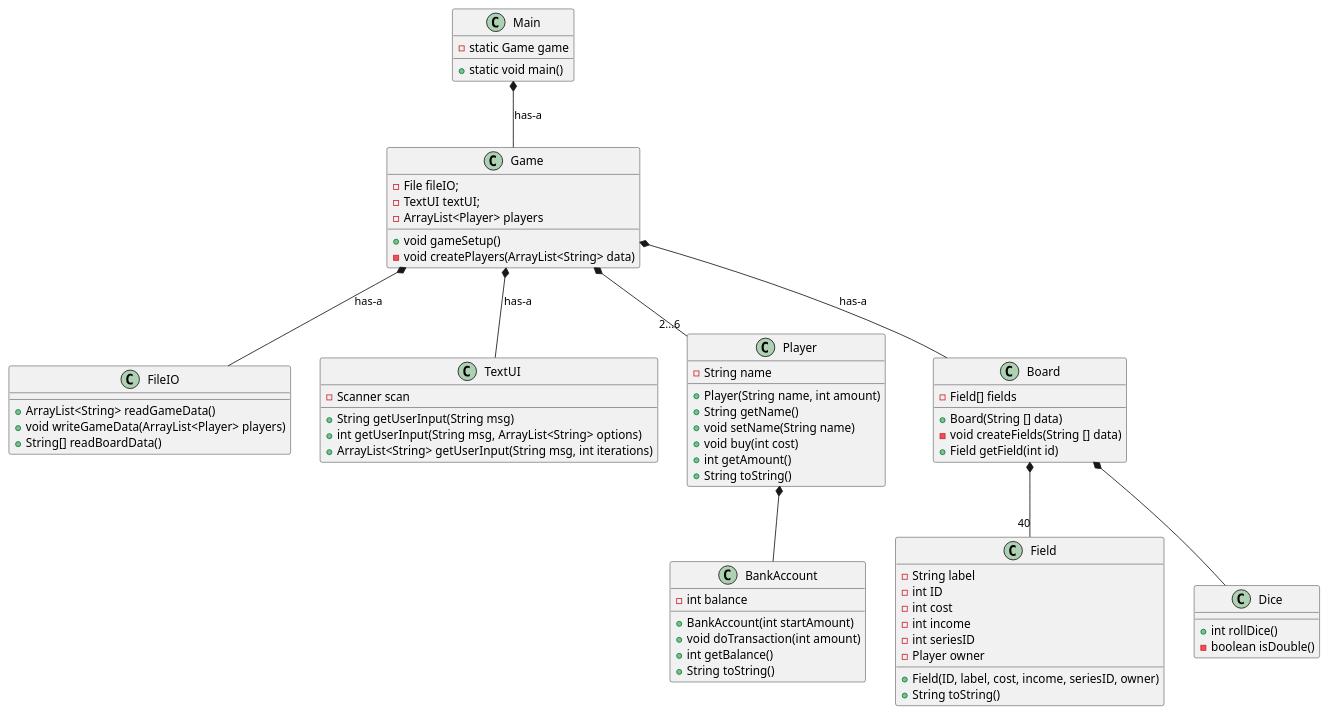
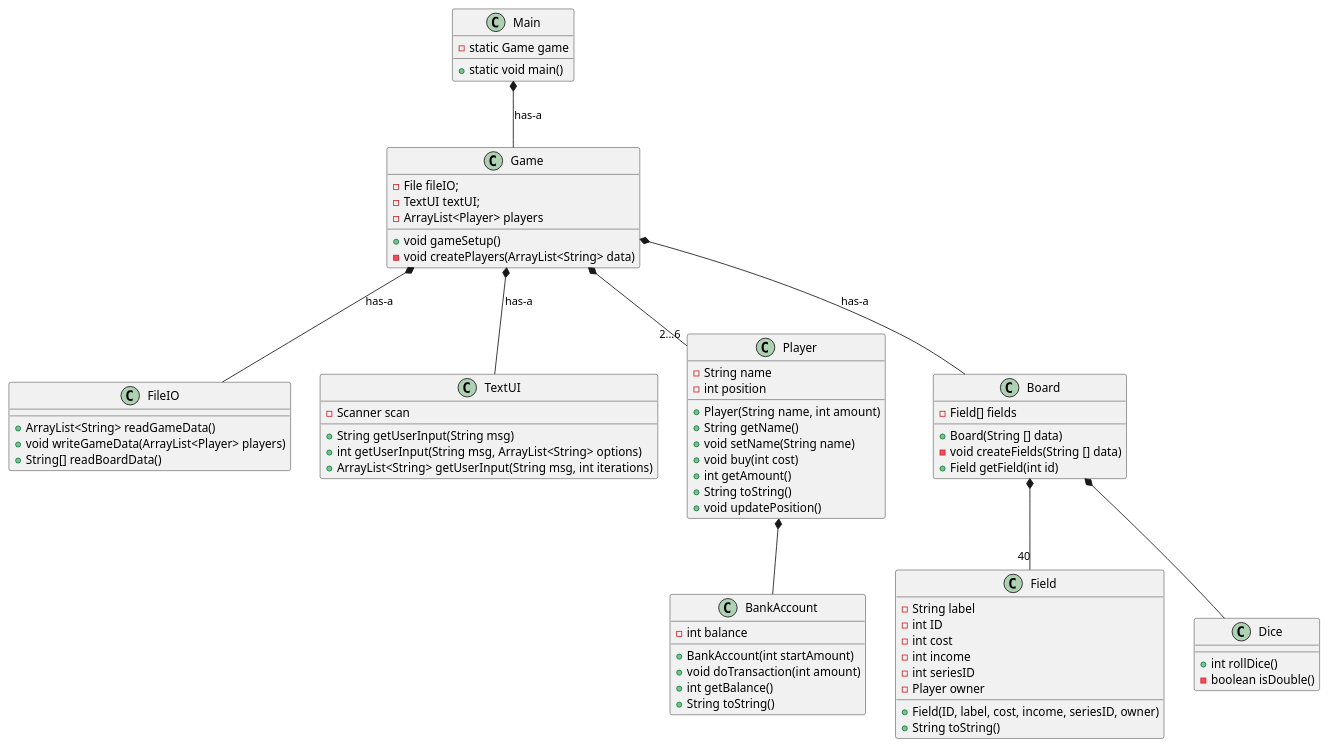
The diagram in Documentation/classdiagram_v1.2.puml (christoffertimm/OOP2-opgaver), drawn with PlantUML before and after one commit. The commit also changed 1 other file, not shown here.

Commit message:
updated class diagram

```diff
--- a/Documentation/classdiagram_v1.2.puml
+++ b/Documentation/classdiagram_v1.2.puml
@@ -1,76 +1,78 @@
 @startuml
 'https://plantuml.com/class-diagram
 
 class Main
 class Game
 class FileIO
 class TextUI
 class Player
 class BankAccount
 class Board
 class Field
 class Dice
 
 
 Main : - static Game game
 Main : + static void main()
 
 Game : - File fileIO;
 Game : - TextUI textUI;
 Game : - ArrayList<Player> players
 Game : + void gameSetup()
 
 Game : - void createPlayers(ArrayList<String> data)
 
 FileIO : + ArrayList<String> readGameData()
 FileIO : + void writeGameData(ArrayList<Player> players)
 FileIO : + String[] readBoardData()
 
 TextUI : + String getUserInput(String msg)
 TextUI : + int getUserInput(String msg, ArrayList<String> options)
 TextUI : + ArrayList<String> getUserInput(String msg, int iterations)
 TextUI : - Scanner scan
 
 
 
 Player : + Player(String name, int amount)
 Player : - String name
+Player : - int position
 Player : + String getName()
 Player : + void setName(String name)
 Player : + void buy(int cost)
 Player : + int getAmount()
 Player : + String toString()
+Player : + void updatePosition()
 
 BankAccount : -int balance
 BankAccount : +BankAccount(int startAmount)
 BankAccount : +void doTransaction(int amount)
 BankAccount : +int getBalance()
 BankAccount : +String toString()
 
 Field : + Field(ID, label, cost, income, seriesID, owner)
 Field : - String label
 Field : - int ID
 Field : - int cost
 Field : - int income
 Field : - int seriesID
 Field : - Player owner
 Field : + String toString()
 
 Dice : + int rollDice()
 Dice : - boolean isDouble()
 
 Board : - Field[] fields
 Board : + Board(String [] data)
 Board : - void createFields(String [] data)
 Board : + Field getField(int id)
 Board *-- Dice
 Main *-- Game : has-a
 Game *-- FileIO : has-a
 Game *-- TextUI : has-a
 Game *-- "2...6" Player
 Player *-- BankAccount
 Game *-- Board : has-a
 Board *-- "40" Field
 
 
 @enduml
```
